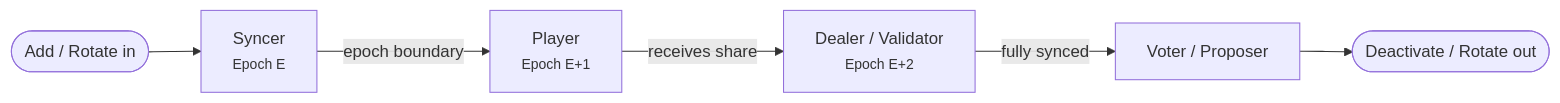
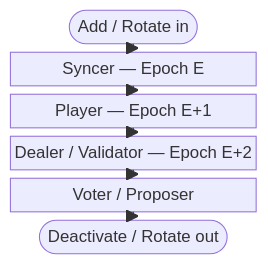
One commit to tempoxyz/docs changed the diagram in src/pages/guide/node/validator-status.mdx. Above: the diagram before and after it, drawn with Mermaid.

Commit message:
docs: switch state transitions to block-beta diagram for cleaner layout
Amp-Thread-ID: https://ampcode.com/threads/T-019da962-06e0-7083-806a-3d46ee63e7b1

````diff
--- a/src/pages/guide/node/validator-status.mdx
+++ b/src/pages/guide/node/validator-status.mdx
@@ -61,13 +61,24 @@
 ```mermaid {style: {maxWidth: '600px', margin: '0 auto'}}
-flowchart LR
-    Start(["Add / Rotate in"]) --> A["Syncer<br/><small>Epoch E</small>"]
-    A -->|"epoch boundary"| B["Player<br/><small>Epoch E+1</small>"]
-    B -->|"receives share"| C["Dealer / Validator<br/><small>Epoch E+2</small>"]
-    C -->|"fully synced"| D["Voter / Proposer"]
-    D --> End(["Deactivate / Rotate out"])
+block-beta
+    columns 3
+    start(["Add / Rotate in"]):3
+    space
+    A["Syncer — Epoch E"]:1
+    space
+    space
+    B["Player — Epoch E+1"]:1
+    space
+    space
+    C["Dealer / Validator — Epoch E+2"]:1
+    space
+    space
+    D["Voter / Proposer"]:1
+    space
+    end_(["Deactivate / Rotate out"]):3
 
-    click A "#syncer-epoch-e"
-    click B "#player-epoch-e1"
-    click C "#dealer--validator-epoch-e2"
-    click D "#dealer--validator-epoch-e2"
+    start --> A
+    A --> B
+    B --> C
+    C --> D
+    D --> end_
 ```
````
